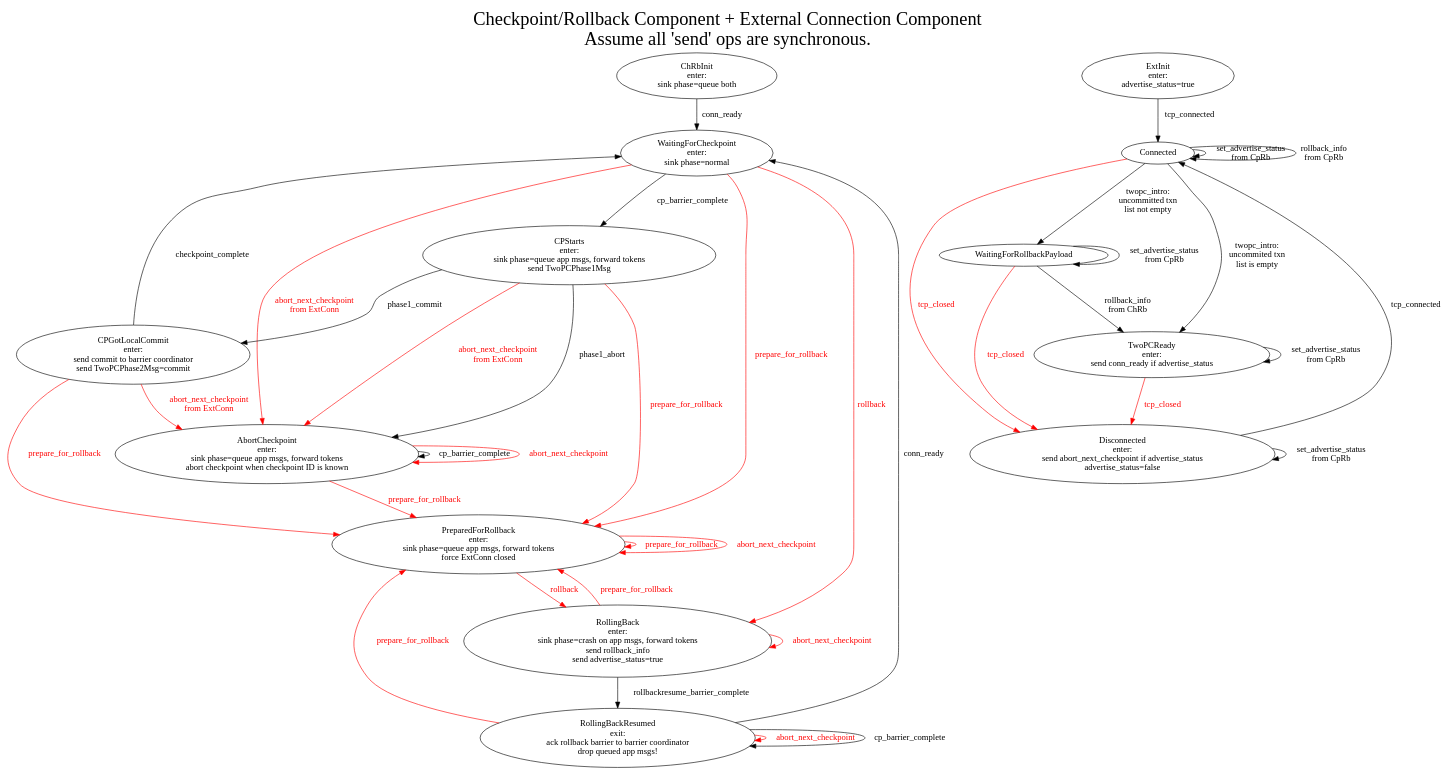
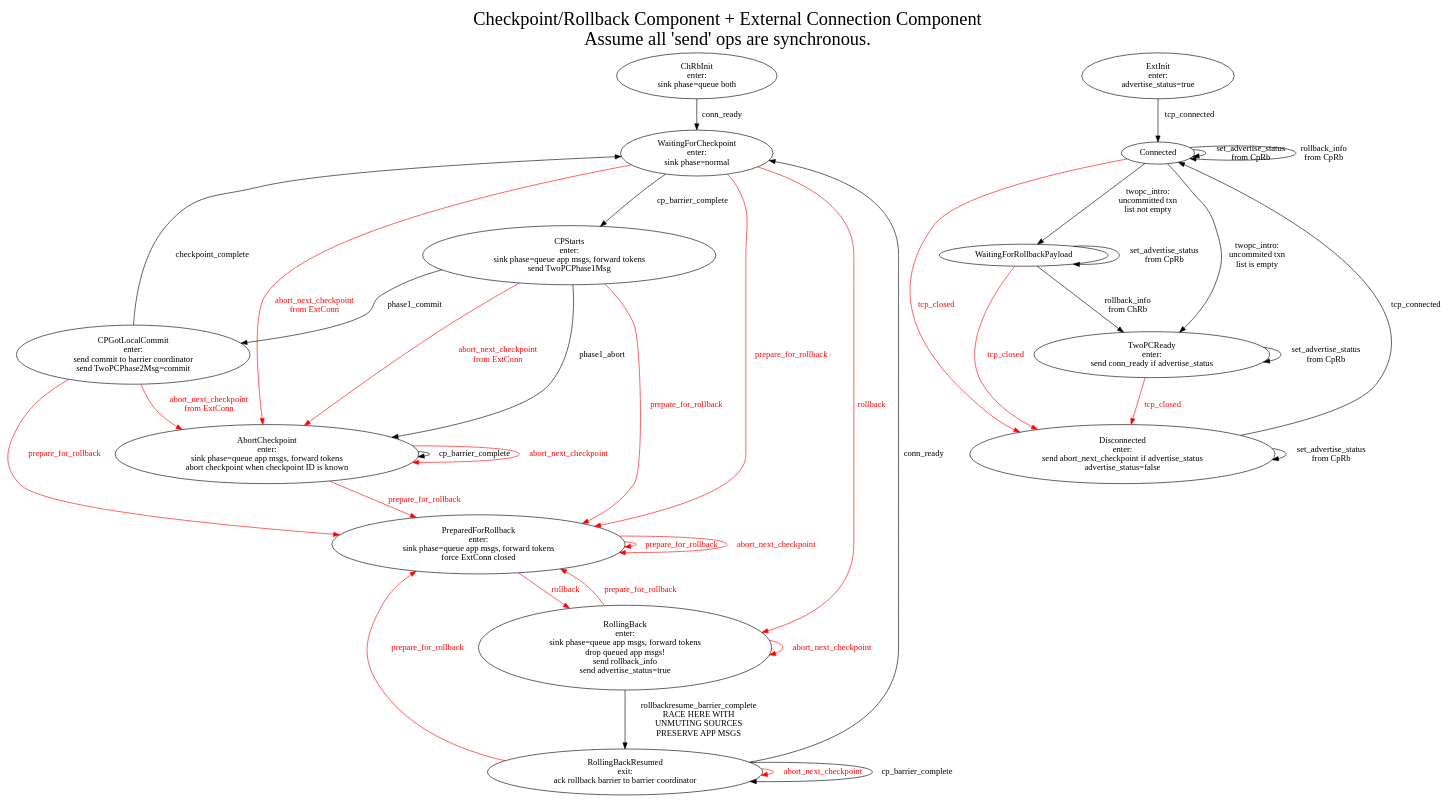
One commit to WallarooLabs/wally changed the diagram in lib/wallaroo/core/sink/connector_sink/connector-sink-2pc-management.dot. Above: the diagram before and after it, drawn with Graphviz. The commit also changed 5 other files, not shown here.

Commit message:
WIP: move drop queued app msgs to RollingBack, fix EC component transition inversion bug, add spam

```diff
--- a/lib/wallaroo/core/sink/connector_sink/connector-sink-2pc-management.dot
+++ b/lib/wallaroo/core/sink/connector_sink/connector-sink-2pc-management.dot
@@ -1,89 +1,89 @@
 digraph mashup {
     graph [label="Checkpoint/Rollback Component + External Connection Component\nAssume all 'send' ops are synchronous.",labelloc=t,fontsize=30];
 
     ## BEGIN LEFT
     subgraph checkpoint_rollback_component {
 	graph [label="SUB Checkpoint/Rollback Component",labelloc=t,fontsize=20];
 
 	// Subgraphs
 	subgraph init {
             ChRbInit [label="ChRbInit\nenter:\nsink phase=queue both"];
 	}
 	subgraph cp {
             WaitingForCheckpoint [label="WaitingForCheckpoint\nenter:\nsink phase=normal"];
             AbortCheckpoint [label="AbortCheckpoint\nenter:\nsink phase=queue app msgs, forward tokens\nabort checkpoint when checkpoint ID is known"];
 	}
 	subgraph sacp {
             CPStarts [label="CPStarts\nenter:\nsink phase=queue app msgs, forward tokens\nsend TwoPCPhase1Msg"];
             CPGotLocalCommit [label="CPGotLocalCommit\nenter:\nsend commit to barrier coordinator\nsend TwoPCPhase2Msg=commit"];
             // CPGotGlobalVote; // Can we remove this node?
 
             CPStarts -> CPGotLocalCommit [label="phase1_commit"];
             CPStarts -> AbortCheckpoint [label="phase1_abort"];
             CPGotLocalCommit -> WaitingForCheckpoint [label="checkpoint_complete"];
 	}
 	subgraph rollback {
             PreparedForRollback [label="PreparedForRollback\nenter:\nsink phase=queue app msgs, forward tokens\nforce ExtConn closed"];
-            RollingBack [label="RollingBack\nenter:\nsink phase=crash on app msgs, forward tokens\nsend rollback_info\nsend advertise_status=true"];
-            RollingBackResumed [label="RollingBackResumed\nexit:\nack rollback barrier to barrier coordinator\ndrop queued app msgs!"];
+            RollingBack [label="RollingBack\nenter:\nsink phase=queue app msgs, forward tokens\ndrop queued app msgs!\nsend rollback_info\nsend advertise_status=true"];
+            RollingBackResumed [label="RollingBackResumed\nexit:\nack rollback barrier to barrier coordinator"];
 
             PreparedForRollback -> PreparedForRollback [label="prepare_for_rollback",fontcolor=red,color=red];
 			PreparedForRollback -> PreparedForRollback [label="abort_next_checkpoint",fontcolor=red,color=red];
             PreparedForRollback -> RollingBack [label="rollback",fontcolor=red,color=red];
 	}
 
 	// Other Edges
 	ChRbInit -> WaitingForCheckpoint [label="conn_ready"];
 
 	WaitingForCheckpoint -> CPStarts [label="cp_barrier_complete"];
 	AbortCheckpoint -> AbortCheckpoint [label="cp_barrier_complete"];
 	AbortCheckpoint -> AbortCheckpoint [label="abort_next_checkpoint",fontcolor=red,color=red];
 
 	WaitingForCheckpoint -> PreparedForRollback [label="prepare_for_rollback",fontcolor=red,color=red];
 	AbortCheckpoint -> PreparedForRollback [label="prepare_for_rollback",fontcolor=red,color=red];
 	CPStarts -> PreparedForRollback [label="prepare_for_rollback",fontcolor=red,color=red];
 	CPGotLocalCommit -> PreparedForRollback [label="prepare_for_rollback",fontcolor=red,color=red];
 
 	WaitingForCheckpoint -> AbortCheckpoint [label="abort_next_checkpoint\nfrom ExtConn",fontcolor=red,color=red];
 	WaitingForCheckpoint -> RollingBack [label="rollback",fontcolor=red,color=red];
 	CPStarts -> AbortCheckpoint [label="abort_next_checkpoint\nfrom ExtConn",fontcolor=red,color=red];
 	CPGotLocalCommit -> AbortCheckpoint [label="abort_next_checkpoint\nfrom ExtConn",fontcolor=red,color=red];
 
 	RollingBack -> RollingBack [label="abort_next_checkpoint",fontcolor=red,color=red];
-	RollingBack -> RollingBackResumed [label="rollbackresume_barrier_complete"];
+	RollingBack -> RollingBackResumed [label="rollbackresume_barrier_complete\nRACE HERE WITH\nUNMUTING SOURCES\nPRESERVE APP MSGS"];
 	RollingBack -> PreparedForRollback [label="prepare_for_rollback",fontcolor=red,color=red];
 
 	RollingBackResumed -> RollingBackResumed [label="abort_next_checkpoint",fontcolor=red,color=red];
 	RollingBackResumed -> WaitingForCheckpoint [label="conn_ready"];
 	RollingBackResumed -> PreparedForRollback [label="prepare_for_rollback",fontcolor=red,color=red];
 	RollingBackResumed -> RollingBackResumed [label="cp_barrier_complete"];
     }
     ## END LEFT
 
     ## BEGIN RIGHT
     subgraph external_connection_component {
         graph [label="External Connection Component",labelloc=t,fontsize=30];
 
         ExtInit [label="ExtInit\nenter:\nadvertise_status=true"];
         ExtInit -> Connected [label="tcp_connected"];
         Connected -> Disconnected [label="tcp_closed",fontcolor=red,color=red];
         Connected -> Connected [label="set_advertise_status\nfrom CpRb"];
         Connected -> Connected [label="rollback_info\nfrom CpRb"];
         Disconnected [label="Disconnected\nenter:\nsend abort_next_checkpoint if advertise_status\nadvertise_status=false"];
         Disconnected -> Connected [label="tcp_connected"];
         Disconnected -> Disconnected [label="set_advertise_status\nfrom CpRb"];
         Connected -> WaitingForRollbackPayload [label="twopc_intro:\nuncommitted txn\nlist not empty"];
         Connected -> TwoPCReady [label="twopc_intro:\nuncommited txn\nlist is empty"];
         WaitingForRollbackPayload -> TwoPCReady [label="rollback_info\nfrom ChRb"];
         WaitingForRollbackPayload -> WaitingForRollbackPayload [label="set_advertise_status\nfrom CpRb"];
         WaitingForRollbackPayload -> Disconnected [label="tcp_closed",fontcolor=red,color=red];
 
         TwoPCReady [label="TwoPCReady\nenter:\nsend conn_ready if advertise_status"]
         TwoPCReady -> Disconnected [label="tcp_closed",fontcolor=red,color=red];
         TwoPCReady -> TwoPCReady [label="set_advertise_status\nfrom CpRb"]
     }
     # END RIGHT
 
     {rank=same; ChRbInit; ExtInit; };
     ## {rank=same; Disconnected; RollingBack; ; };
 }
```
